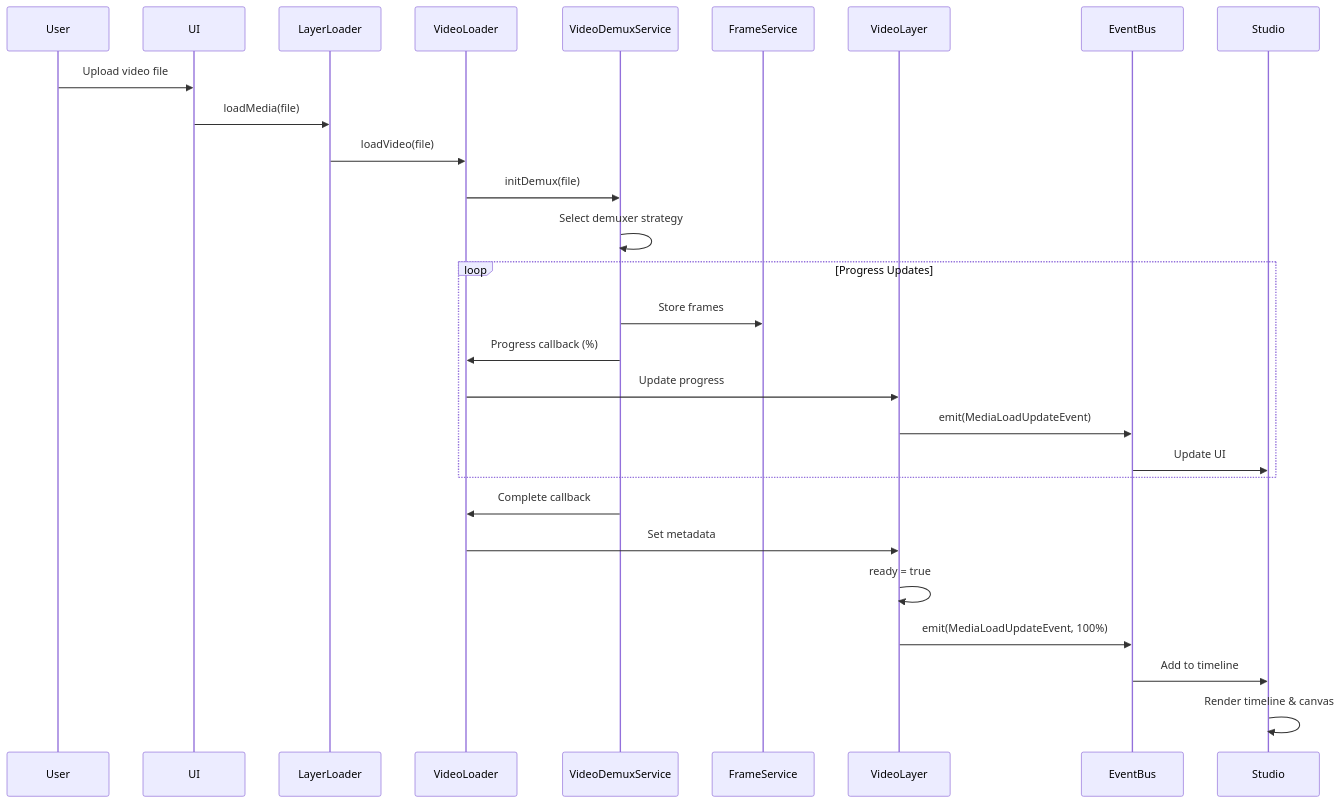
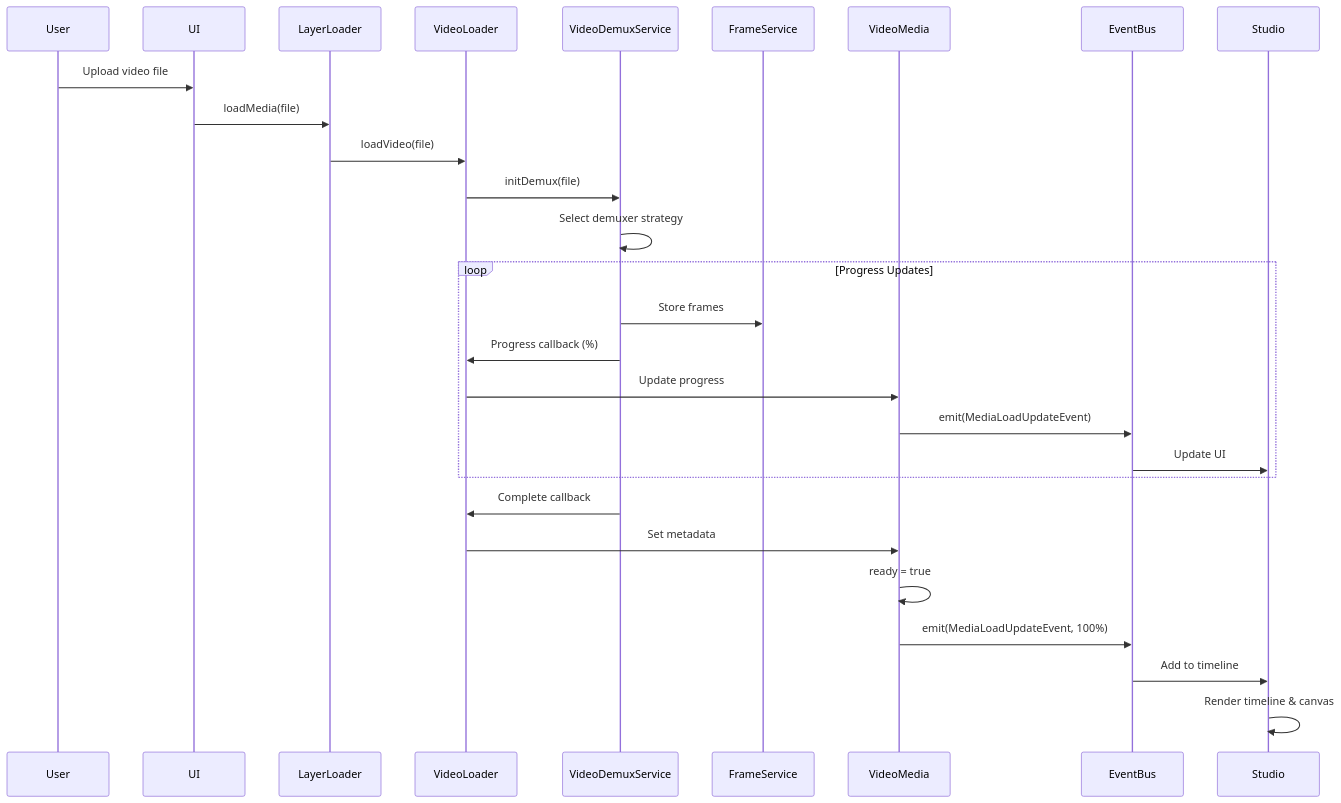
Before and after one commit to apssouza22/web-video-edit: the second of 13 diagrams in docs/architecture/07-data-flow.md, drawn with Mermaid. The commit also changed other lines of this file and 30 other files, not shown here.

````diff
--- a/docs/architecture/07-data-flow.md
+++ b/docs/architecture/07-data-flow.md
@@ -92,35 +92,35 @@
 ```mermaid
 sequenceDiagram
     participant User
     participant UI
     participant Loader as LayerLoader
     participant VideoLoader
     participant Demux as VideoDemuxService
     participant FrameSvc as FrameService
-    participant Layer as VideoLayer
+    participant Layer as VideoMedia
     participant EventBus
     participant Studio
 
     User->>UI: Upload video file
     UI->>Loader: loadMedia(file)
     
     Loader->>VideoLoader: loadVideo(file)
     VideoLoader->>Demux: initDemux(file)
     
     Demux->>Demux: Select demuxer strategy
     
     loop Progress Updates
         Demux->>FrameSvc: Store frames
         Demux->>VideoLoader: Progress callback (%)
         VideoLoader->>Layer: Update progress
         Layer->>EventBus: emit(MediaLoadUpdateEvent)
         EventBus->>Studio: Update UI
     end
     
     Demux->>VideoLoader: Complete callback
     VideoLoader->>Layer: Set metadata
     Layer->>Layer: ready = true
     Layer->>EventBus: emit(MediaLoadUpdateEvent, 100%)
     EventBus->>Studio: Add to timeline
     Studio->>Studio: Render timeline & canvas
 ```
````
